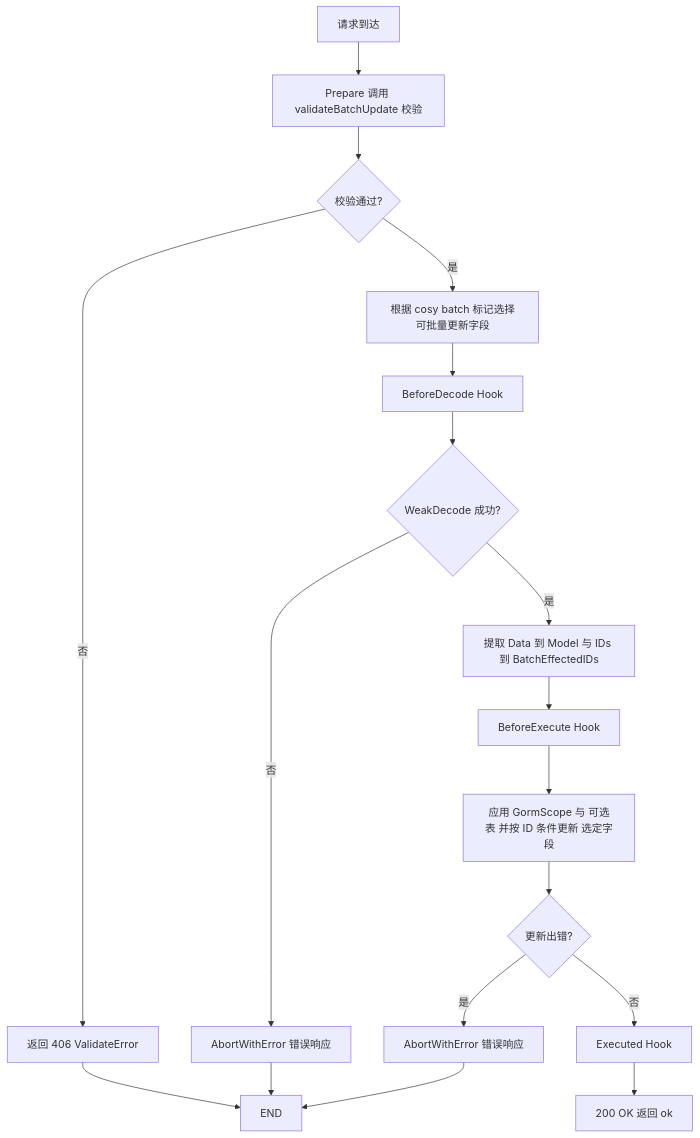
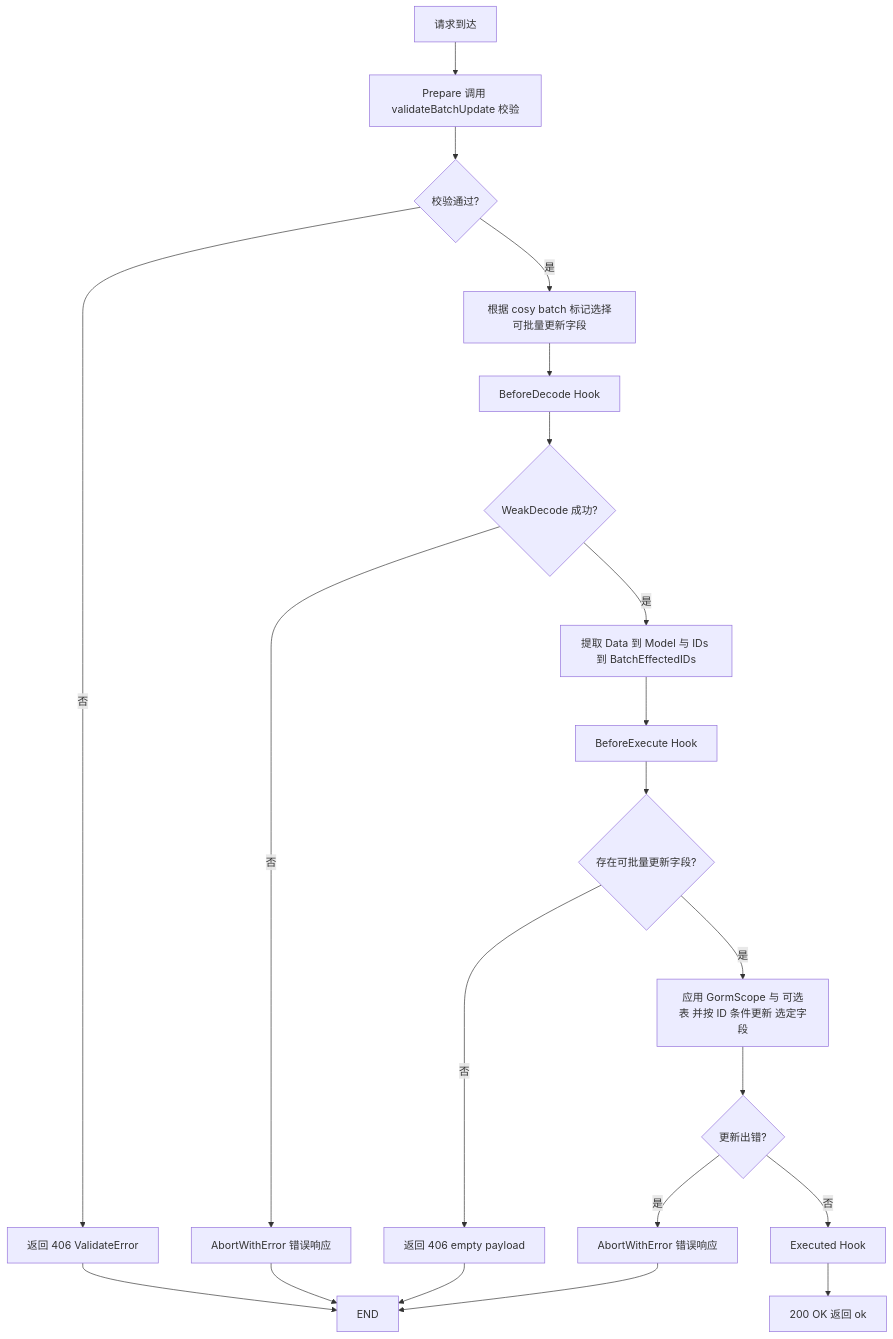
Before and after one commit to uozi-tech/cosy: the diagram in docs/api-level/batch-update.md, drawn with Mermaid. The commit also changed other lines of this file and 6 other files, not shown here.

````diff
--- a/docs/api-level/batch-update.md
+++ b/docs/api-level/batch-update.md
@@ -54,18 +54,20 @@
 ```mermaid
 flowchart TD
   A[请求到达] --> P[Prepare 调用 validateBatchUpdate 校验]
   P --> PV{校验通过?}
   PV -- 否 --> V406[返回 406 ValidateError]
   V406 --> END
   PV -- 是 --> SEL[根据 cosy batch 标记选择可批量更新字段]
   SEL --> BD[BeforeDecode Hook]
   BD --> D{WeakDecode 成功?}
   D -- 否 --> E1[AbortWithError 错误响应] --> END
   D -- 是 --> SET[提取 Data 到 Model 与 IDs 到 BatchEffectedIDs]
   SET --> BE[BeforeExecute Hook]
-  BE --> UPD[应用 GormScope 与 可选表 并按 ID 条件更新 选定字段]
+  BE --> EMPTY{存在可批量更新字段?}
+  EMPTY -- 否 --> E406[返回 406 empty payload] --> END
+  EMPTY -- 是 --> UPD[应用 GormScope 与 可选表 并按 ID 条件更新 选定字段]
   UPD --> UERR{更新出错?}
   UERR -- 是 --> E2[AbortWithError 错误响应] --> END
   UERR -- 否 --> EX[Executed Hook]
   EX --> OK200[200 OK 返回 ok]
 ```
````
